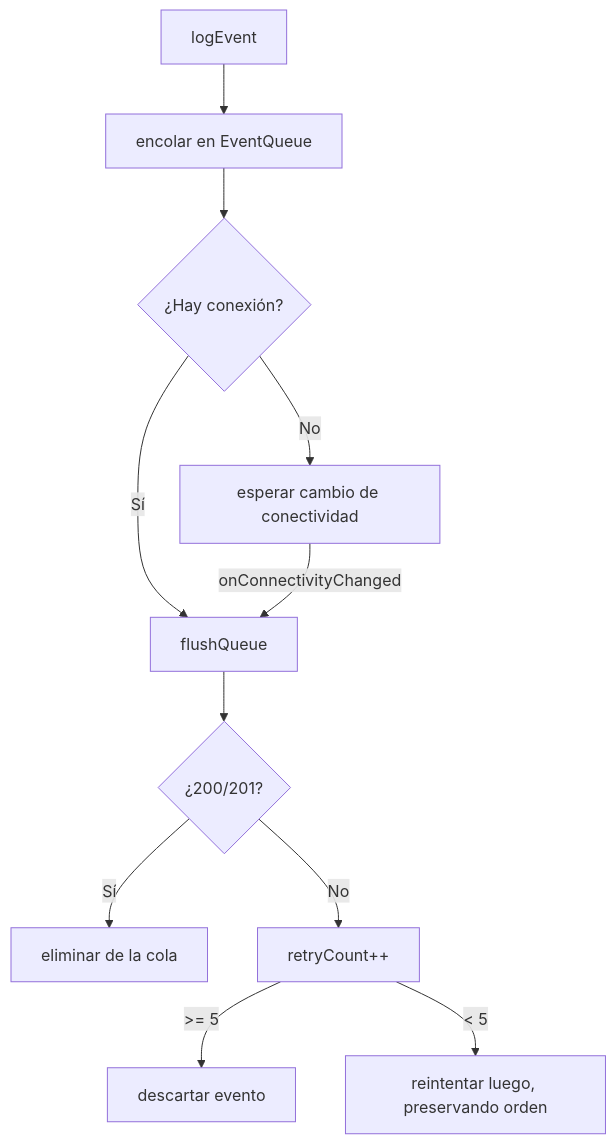
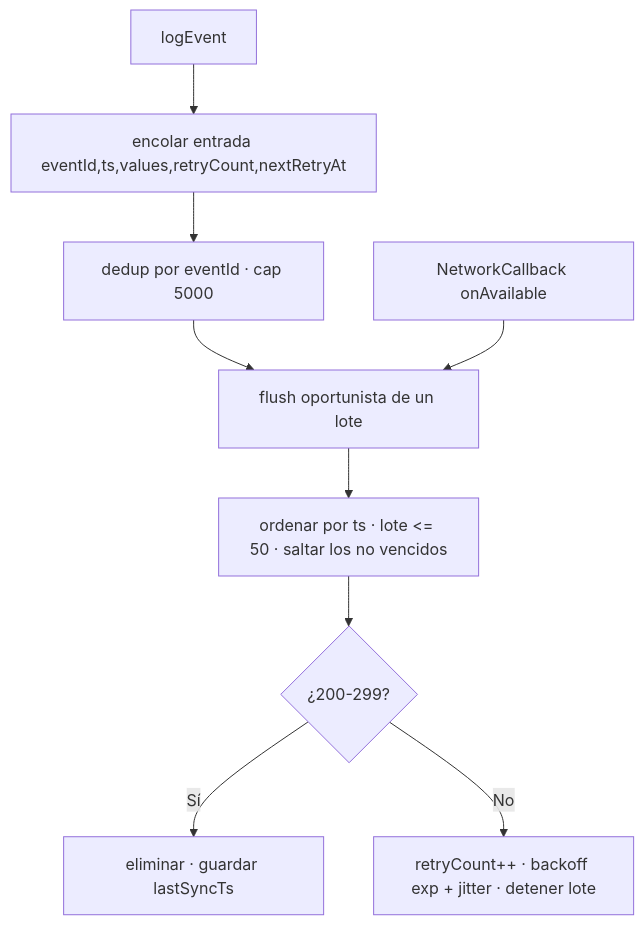
One commit to StrawberryFrappe/Therapets changed the diagram in docs/telemetria.md. Above: the diagram before and after it, drawn with Mermaid. The commit also changed other lines of this file and 16 other files, not shown here.

````diff
--- a/docs/telemetria.md
+++ b/docs/telemetria.md
@@ -100,13 +137,11 @@
 ```mermaid
 graph TD
-    A[logEvent] --> B[encolar en EventQueue]
-    B --> C{¿Hay conexión?}
-    C -->|Sí| D[flushQueue]
-    C -->|No| E[esperar cambio de conectividad]
-    E -->|onConnectivityChanged| D
-    D --> F{¿200/201?}
-    F -->|Sí| G[eliminar de la cola]
-    F -->|No| H[retryCount++]
-    H -->|>= 5| I[descartar evento]
-    H -->|< 5| J[reintentar luego, preservando orden]
+    A[logEvent] --> B[encolar entrada eventId,ts,values,retryCount,nextRetryAt]
+    B --> C[dedup por eventId · cap 5000]
+    C --> D[flush oportunista de un lote]
+    E[NetworkCallback onAvailable] --> D
+    D --> F[ordenar por ts · lote <= 50 · saltar los no vencidos]
+    F --> G{¿200-299?}
+    G -->|Sí| H[eliminar · guardar lastSyncTs]
+    G -->|No| I[retryCount++ · backoff exp + jitter · detener lote]
 ```
````
